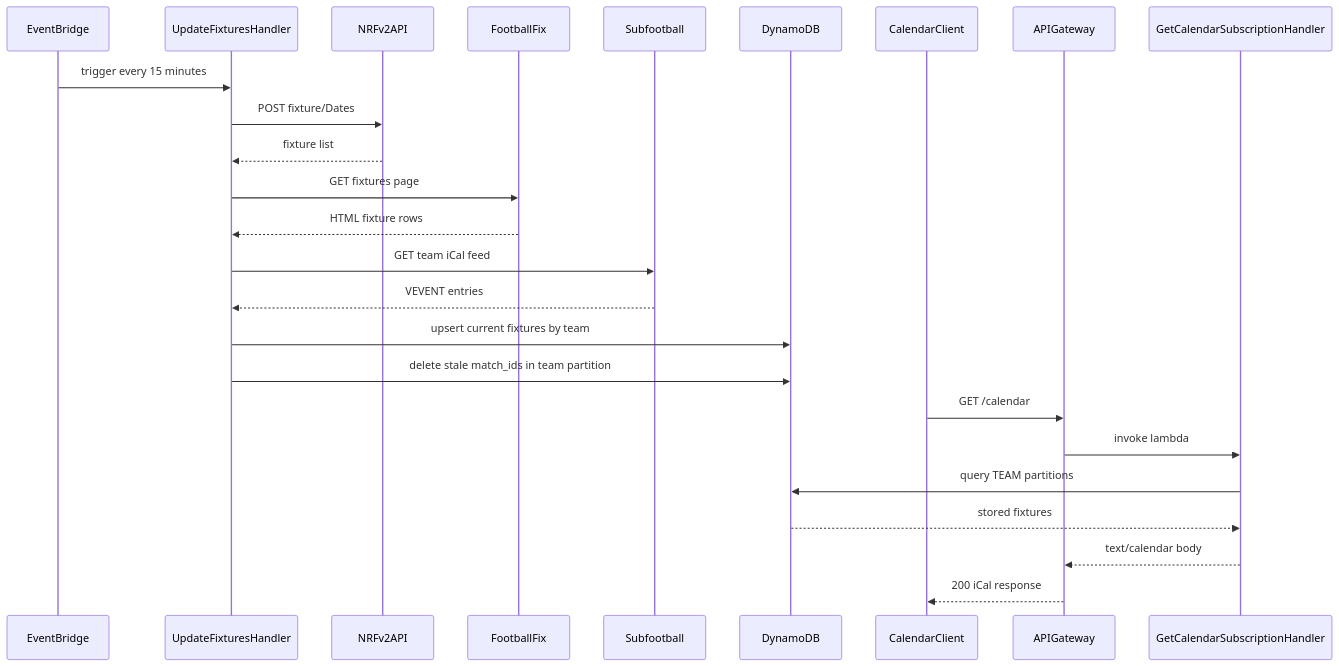
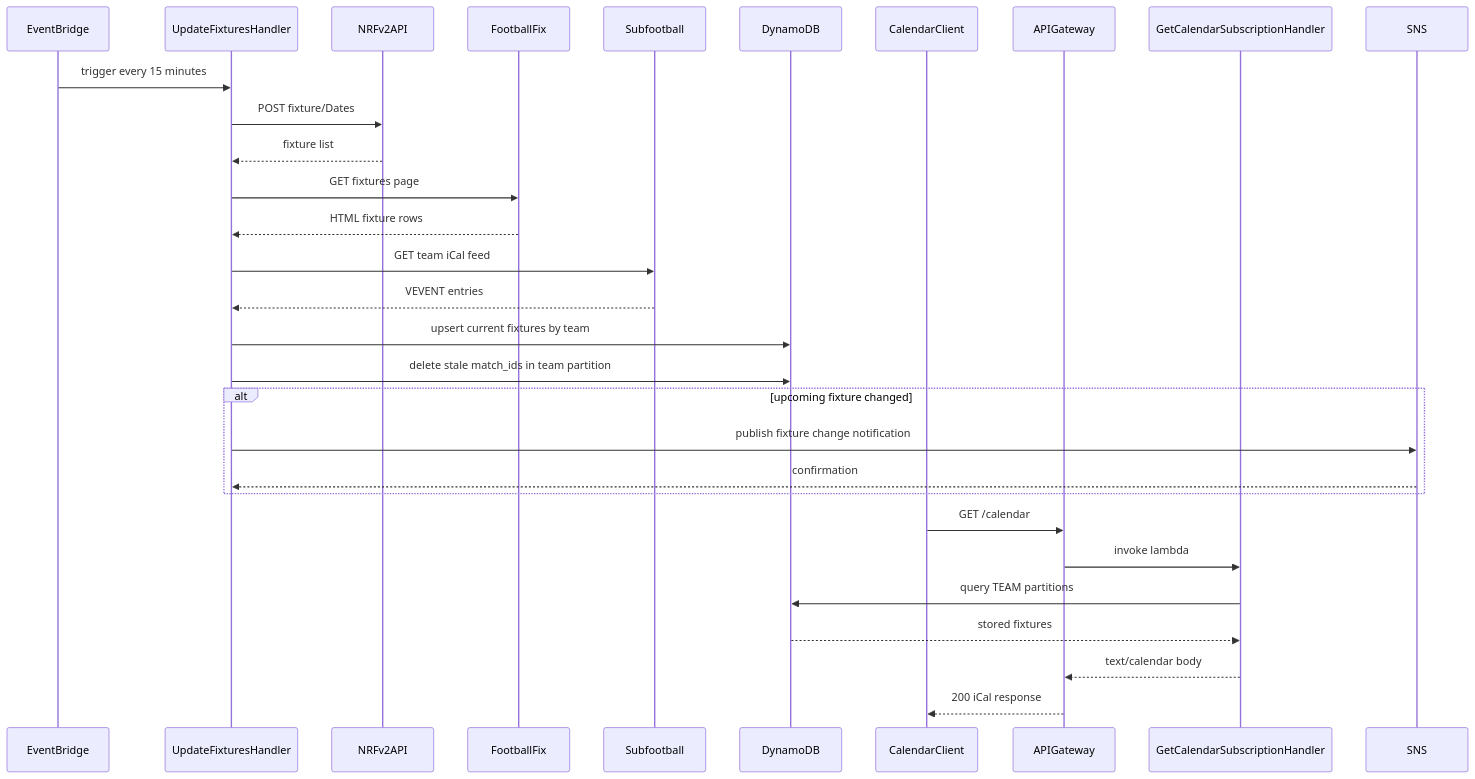
Before and after one commit to jordansimsmith/jordansimsmith-com: the second of 2 diagrams in football_calendar_api/README.md, drawn with Mermaid. The commit also changed other lines of this file and 9 other files, not shown here.

First line of the commit message:
Add SNS notifications for upcoming football fixture changes

````diff
--- a/football_calendar_api/README.md
+++ b/football_calendar_api/README.md
@@ -57,28 +61,33 @@
 ```mermaid
 sequenceDiagram
   participant Scheduler as EventBridge
   participant Update as UpdateFixturesHandler
   participant NRF as NRFv2API
   participant Fix as FootballFix
   participant Sub as Subfootball
   participant Ddb as DynamoDB
   participant Client as CalendarClient
   participant Api as APIGateway
   participant Get as GetCalendarSubscriptionHandler
 
   Scheduler->>Update: trigger every 15 minutes
   Update->>NRF: POST fixture/Dates
   NRF-->>Update: fixture list
   Update->>Fix: GET fixtures page
   Fix-->>Update: HTML fixture rows
   Update->>Sub: GET team iCal feed
   Sub-->>Update: VEVENT entries
   Update->>Ddb: upsert current fixtures by team
   Update->>Ddb: delete stale match_ids in team partition
+  alt upcoming fixture changed
+    participant SNS as SNS
+    Update->>SNS: publish fixture change notification
+    SNS-->>Update: confirmation
+  end
   Client->>Api: GET /calendar
   Api->>Get: invoke lambda
   Get->>Ddb: query TEAM partitions
   Ddb-->>Get: stored fixtures
   Get-->>Api: text/calendar body
   Api-->>Client: 200 iCal response
 ```
````
